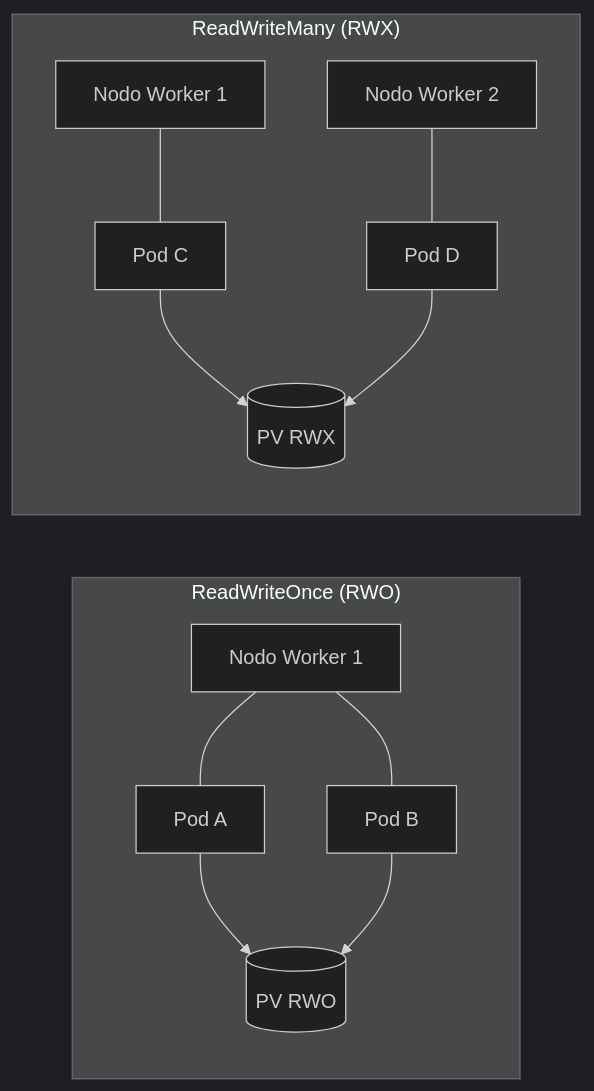
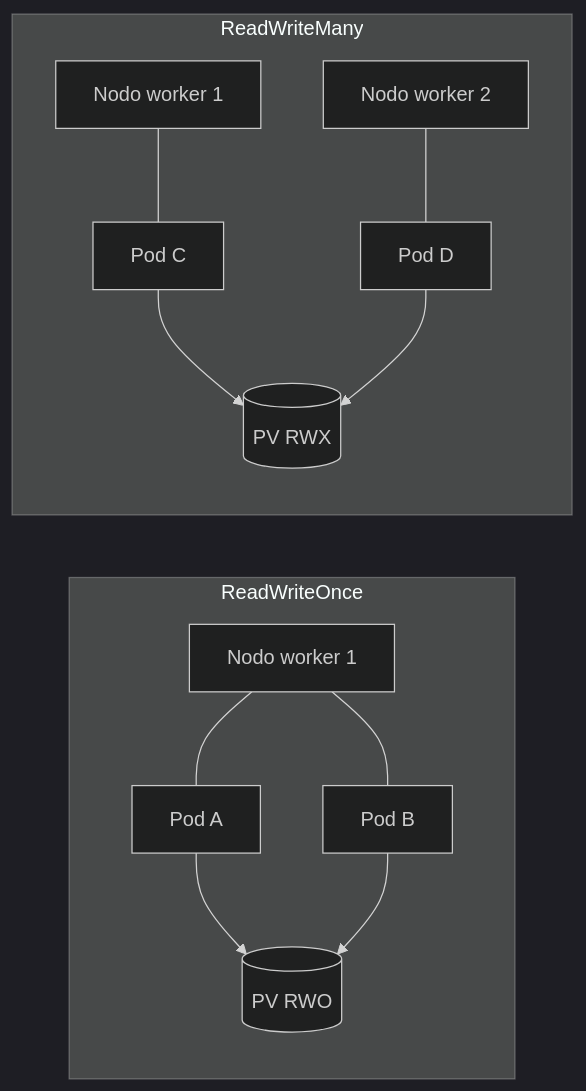
Before and after one commit to ieftraining/curso-openshift: the second of 3 diagrams in docs/sesion2/2.5 Almacenamiento Persistente.md, drawn with Mermaid (dark theme). The commit also changed other lines of this file, not shown here.

````diff
--- a/docs/sesion2/2.5 Almacenamiento Persistente.md
+++ b/docs/sesion2/2.5 Almacenamiento Persistente.md
@@ -100,25 +109,25 @@
 ```mermaid
 flowchart LR
-    subgraph RWO ["ReadWriteOnce (RWO)"]
-        node1[Nodo Worker 1]
-        pod1[Pod A]
-        pod2[Pod B]
-        pv1[(PV RWO)]
-        pod1 --> pv1
-        pod2 --> pv1
-        node1 --- pod1
-        node1 --- pod2
+    subgraph RWO[ReadWriteOnce]
+        N1[Nodo worker 1]
+        P1[Pod A]
+        P2[Pod B]
+        V1[(PV RWO)]
+        N1 --- P1
+        N1 --- P2
+        P1 --> V1
+        P2 --> V1
     end
 
-    subgraph RWX ["ReadWriteMany (RWX)"]
-        node2[Nodo Worker 1]
-        node3[Nodo Worker 2]
-        pod3[Pod C]
-        pod4[Pod D]
-        pv2[(PV RWX)]
-        pod3 --> pv2
-        pod4 --> pv2
-        node2 --- pod3
-        node3 --- pod4
+    subgraph RWX[ReadWriteMany]
+        N2[Nodo worker 1]
+        N3[Nodo worker 2]
+        P3[Pod C]
+        P4[Pod D]
+        V2[(PV RWX)]
+        N2 --- P3
+        N3 --- P4
+        P3 --> V2
+        P4 --> V2
     end
 ```
````
